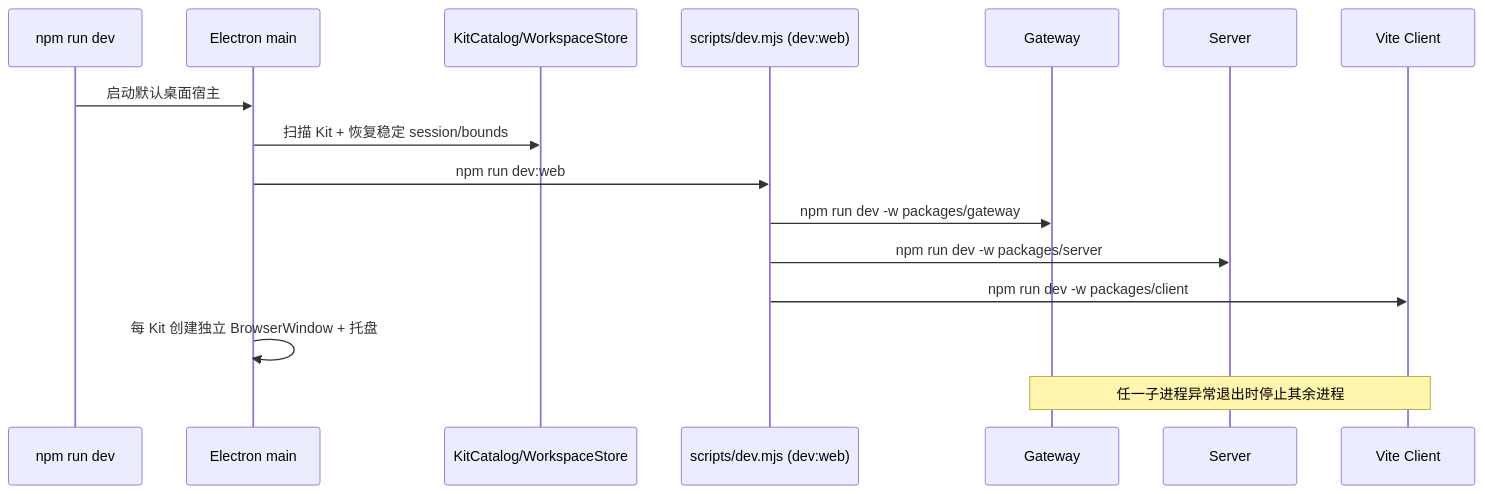
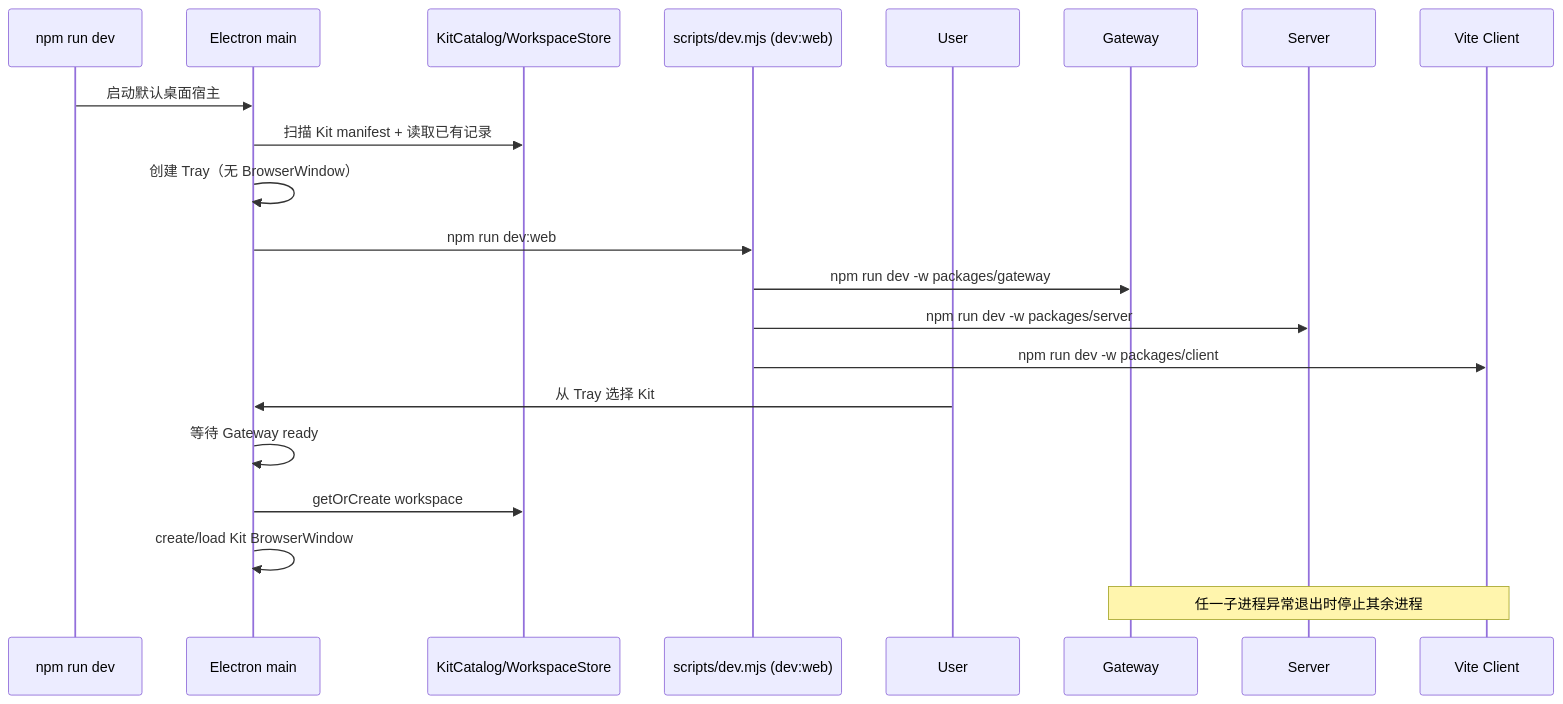
One commit to itharbors/harbors changed the first of 3 diagrams in docs/architecture/runtime-flows.md. Above: the diagram before and after it, drawn with Mermaid. The commit also changed other lines of this file and 84 other files, not shown here.

````diff
--- a/docs/architecture/runtime-flows.md
+++ b/docs/architecture/runtime-flows.md
@@ -8,18 +8,23 @@
 ```mermaid
 sequenceDiagram
     participant CLI as npm run dev
     participant E as Electron main
     participant K as KitCatalog/WorkspaceStore
     participant Web as scripts/dev.mjs (dev:web)
+    participant U as User
     participant G as Gateway
     participant S as Server
     participant C as Vite Client
     CLI->>E: 启动默认桌面宿主
-    E->>K: 扫描 Kit + 恢复稳定 session/bounds
+    E->>K: 扫描 Kit manifest + 读取已有记录
+    E->>E: 创建 Tray（无 BrowserWindow）
     E->>Web: npm run dev:web
     Web->>G: npm run dev -w packages/gateway
     Web->>S: npm run dev -w packages/server
     Web->>C: npm run dev -w packages/client
-    E->>E: 每 Kit 创建独立 BrowserWindow + 托盘
+    U->>E: 从 Tray 选择 Kit
+    E->>E: 等待 Gateway ready
+    E->>K: getOrCreate workspace
+    E->>E: create/load Kit BrowserWindow
     Note over G,C: 任一子进程异常退出时停止其余进程
 ```
````
